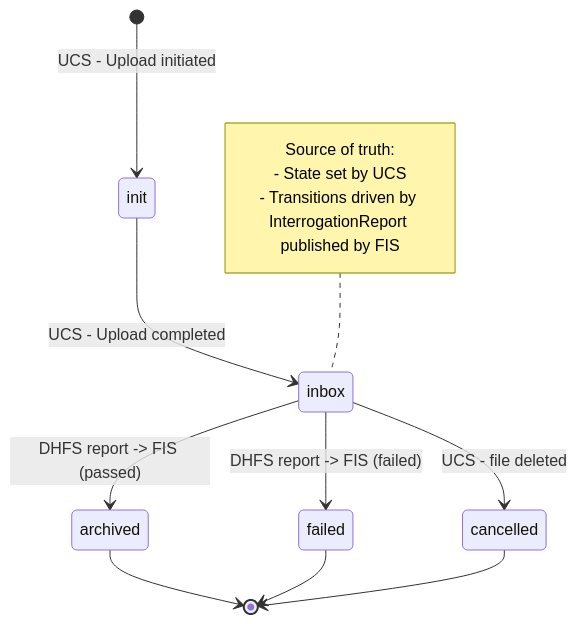
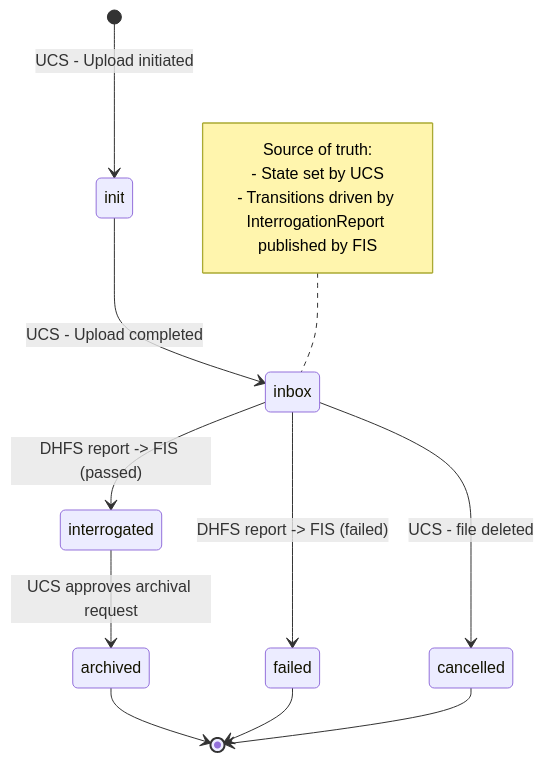
The third of 3 diagrams in 84-sarcastic-fringehead/technical_specification.md (ghga-de/epic-docs), drawn with Mermaid before and after one commit. The commit also changed other lines of this file and 1 other file, not shown here.

Commit message:
Small diagram addition and update

````diff
--- a/84-sarcastic-fringehead/technical_specification.md
+++ b/84-sarcastic-fringehead/technical_specification.md
@@ -691,17 +693,18 @@
 ```mermaid
 stateDiagram-v2
     [*] --> init: UCS - Upload initiated
     init --> inbox: UCS - Upload completed
-    inbox --> archived: DHFS report -> FIS (passed)
+    inbox --> interrogated: DHFS report -> FIS (passed)
     inbox --> failed: DHFS report -> FIS (failed)
     inbox --> cancelled: UCS - file deleted
+    interrogated --> archived: UCS approves archival request
     archived --> [*]
     failed --> [*]
     cancelled --> [*]
 
     note left of inbox
       Source of truth:
       - State set by UCS
       - Transitions driven by InterrogationReport published by FIS
     end note
 ```
````
